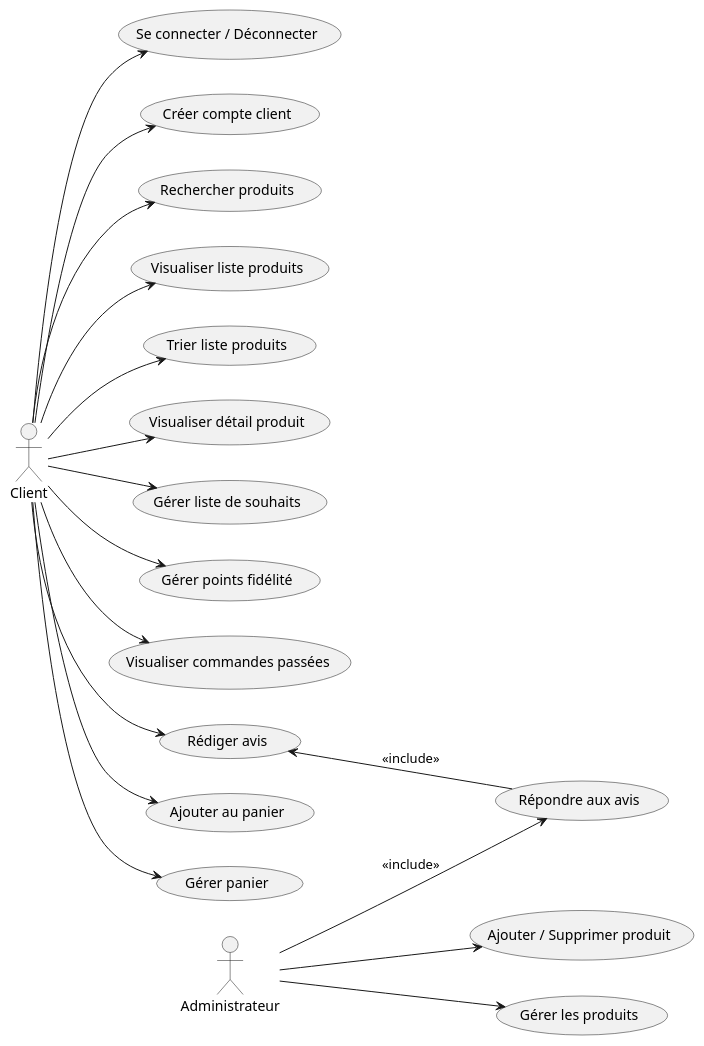
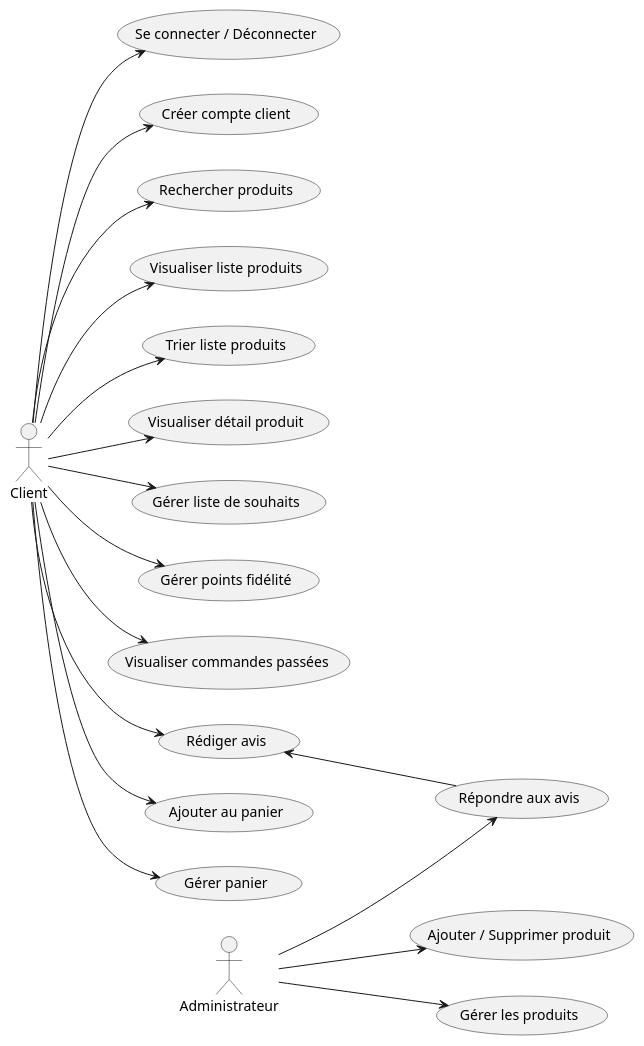
Before and after one commit to IUT-Blagnac/sae-3-01-devapp-2024-2025-g1b6: the diagram in USE_CASE/usecase.pu, drawn with PlantUML. The commit also changed 1 other file, not shown here.

Commit message:
fin usecase en plantUML

```diff
--- a/USE_CASE/usecase.pu
+++ b/USE_CASE/usecase.pu
@@ -1,36 +1,37 @@
 @startuml
 left to right direction
 
 actor Client
 actor Administrateur
 
 ' Account Management
 Client --> (Se connecter / Déconnecter)
 Client --> (Créer compte client)
 
 ' Product Management
 Client --> (Rechercher produits)
 Client --> (Visualiser liste produits)
 Client --> (Trier liste produits)
 Client --> (Visualiser détail produit)
 
 ' Wishlist and Loyalty
 Client --> (Gérer liste de souhaits)
 Client --> (Gérer points fidélité)
 
 ' Order History and Reviews
 Client --> (Visualiser commandes passées)
 Client --> (Rédiger avis)
 
 ' Cart Management
 Client --> (Ajouter au panier)
 Client --> (Gérer panier)
 
 ' Administrator Console
 Administrateur --> (Ajouter / Supprimer produit)
 Administrateur --> (Gérer les produits)
-Administrateur --> (Répondre aux avis) : <<include>>
+Administrateur --> (Répondre aux avis)
 
 ' Relation between Reviews and Responses
-(Rédiger avis) <-- (Répondre aux avis) : <<include>>
+(Rédiger avis) <-- (Répondre aux avis)
+
 @enduml
```
